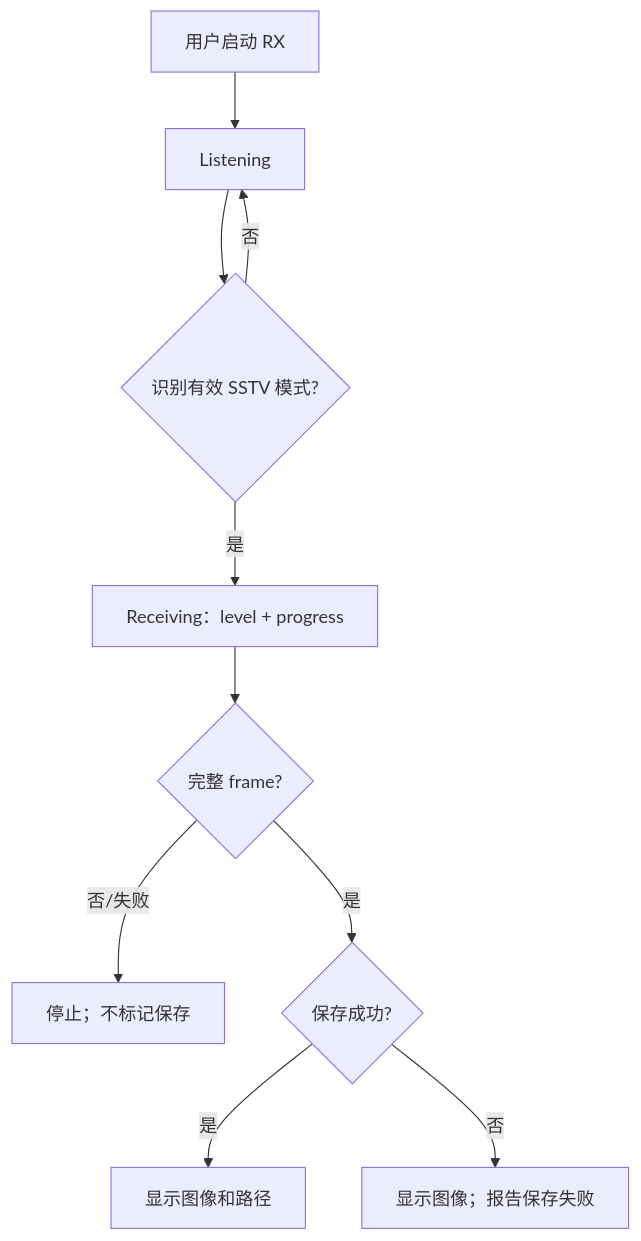
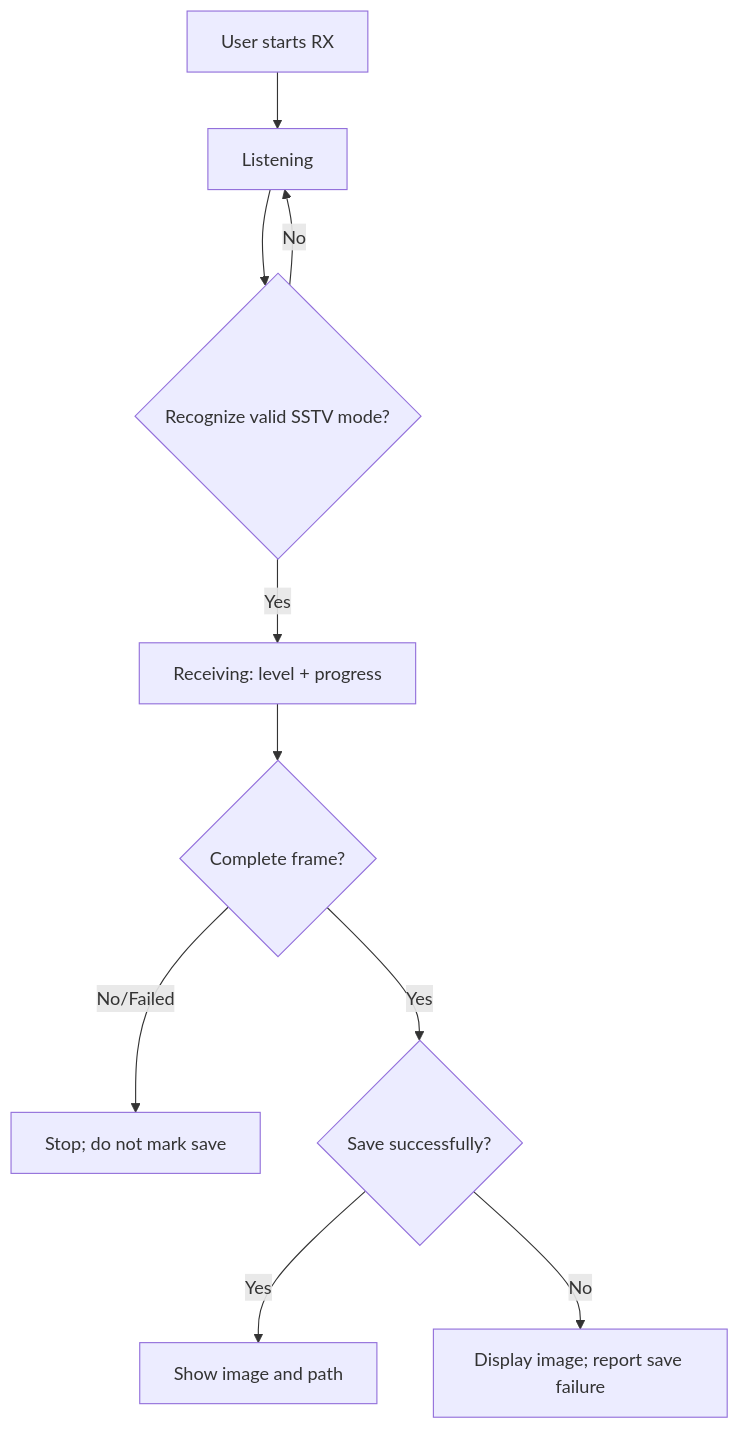
Before and after one commit to manmuqingshan/trail-mate: the diagram in docs/design/use-case-diagrams/receive-sstv-image/activity.md, drawn with Mermaid. The commit also changed other lines of this file and 527 other files, not shown here.

````diff
--- a/docs/design/use-case-diagrams/receive-sstv-image/activity.md
+++ b/docs/design/use-case-diagrams/receive-sstv-image/activity.md
@@ -2,12 +2,12 @@
 ```mermaid
 flowchart TD
-  Start["用户启动 RX"] --> Listen["Listening"]
-  Listen --> Signal{"识别有效 SSTV 模式?"}
-  Signal -- 否 --> Listen
-  Signal -- 是 --> Decode["Receiving：level + progress"]
-  Decode --> Complete{"完整 frame?"}
-  Complete -- 否/失败 --> Error["停止；不标记保存"]
-  Complete -- 是 --> Save{"保存成功?"}
-  Save -- 是 --> Ready["显示图像和路径"]
-  Save -- 否 --> ViewOnly["显示图像；报告保存失败"]
+ Start["User starts RX"] --> Listen["Listening"]
+ Listen --> Signal{"Recognize valid SSTV mode?"}
+ Signal -- No --> Listen
+ Signal -- Yes --> Decode["Receiving: level + progress"]
+ Decode --> Complete{"Complete frame?"}
+ Complete -- No/Failed --> Error["Stop; do not mark save"]
+ Complete -- Yes --> Save{"Save successfully?"}
+ Save -- Yes --> Ready["Show image and path"]
+ Save -- No --> ViewOnly["Display image; report save failure"]
 ```
````
